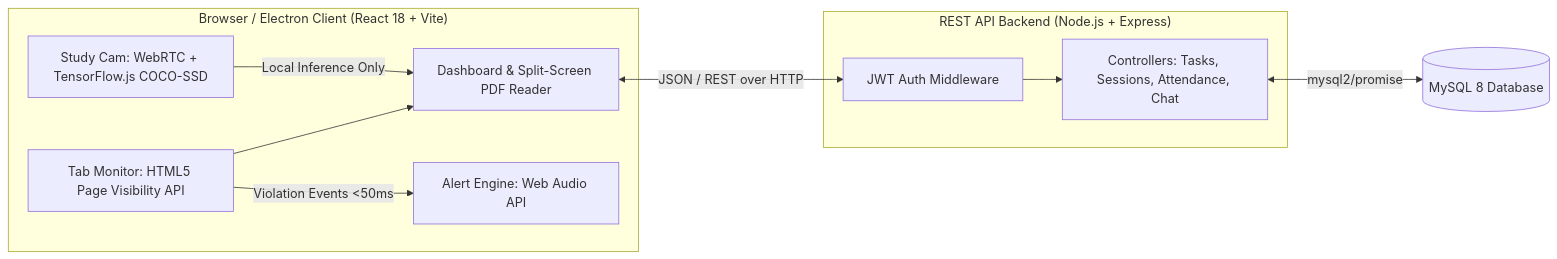
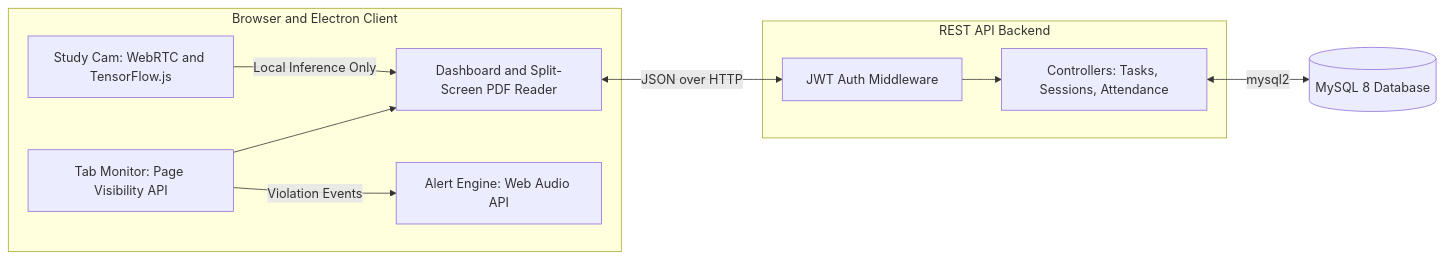
One commit to Chirag-Salecha/FOCUSFLOW changed the first of 3 diagrams in README.md. Above: the diagram before and after it, drawn with Mermaid. The commit also changed other lines of this file, not shown here.

````diff
--- a/README.md
+++ b/README.md
@@ -13,23 +25,23 @@
 ```mermaid
 flowchart LR
-    subgraph Client ["Browser / Electron Client (React 18 + Vite)"]
-        UI[Dashboard & Split-Screen PDF Reader]
-        Cam[Study Cam: WebRTC + TensorFlow.js COCO-SSD]
-        Vis[Tab Monitor: HTML5 Page Visibility API]
-        Audio[Alert Engine: Web Audio API]
-        Cam -->|Local Inference Only| UI
-        Vis -->|Violation Events <50ms| Audio
+    subgraph Client["Browser and Electron Client"]
+        UI["Dashboard and Split-Screen PDF Reader"]
+        Cam["Study Cam: WebRTC and TensorFlow.js"]
+        Vis["Tab Monitor: Page Visibility API"]
+        Audio["Alert Engine: Web Audio API"]
+        Cam -->|"Local Inference Only"| UI
+        Vis -->|"Violation Events"| Audio
         Vis --> UI
     end
 
-    subgraph Server ["REST API Backend (Node.js + Express)"]
-        Auth[JWT Auth Middleware]
-        Ctrl[Controllers: Tasks, Sessions, Attendance, Chat]
+    subgraph Server["REST API Backend"]
+        Auth["JWT Auth Middleware"]
+        Ctrl["Controllers: Tasks, Sessions, Attendance"]
         Auth --> Ctrl
     end
 
-    DB[(MySQL 8 Database)]
+    DB[("MySQL 8 Database")]
 
-    UI <-->|JSON / REST over HTTP| Auth
-    Ctrl <-->|mysql2/promise| DB
+    UI <-->|"JSON over HTTP"| Auth
+    Ctrl <-->|"mysql2"| DB
 ```
````
